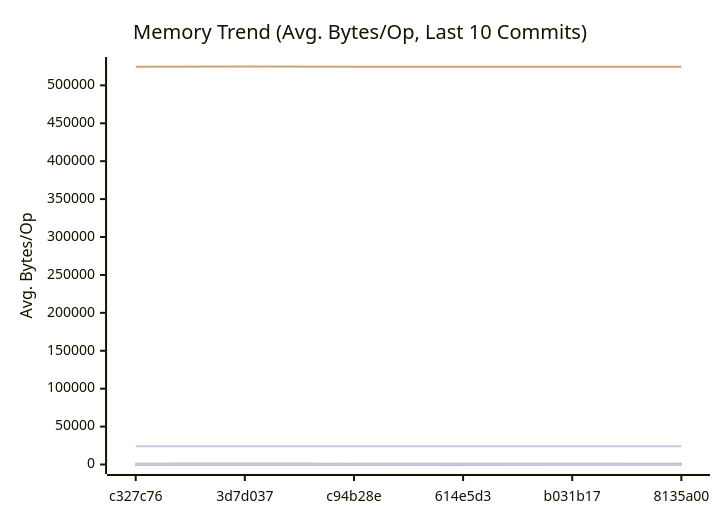
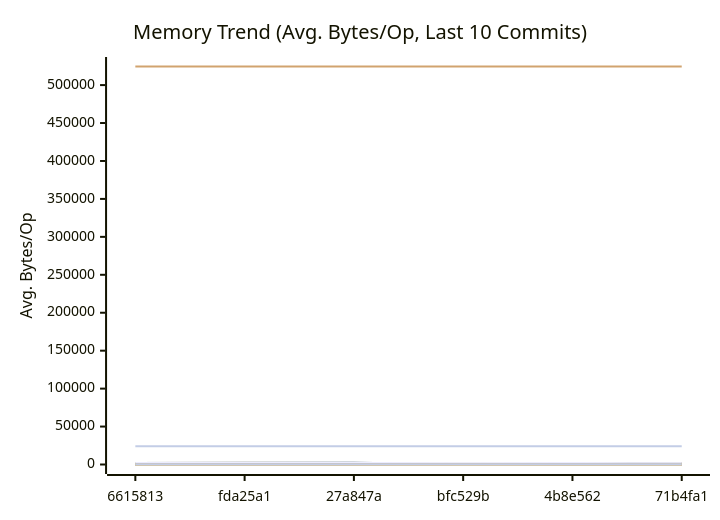
One commit to alsotoes/momo changed the second of 3 diagrams in docs/PERFORMANCE.md. Above: the diagram before and after it, drawn with Mermaid. The commit also changed other lines of this file and 190 other files, not shown here.

````diff
--- a/docs/PERFORMANCE.md
+++ b/docs/PERFORMANCE.md
@@ -310,44 +310,44 @@
 ```mermaid
 xychart-beta
     title "Memory Trend (Avg. Bytes/Op, Last 10 Commits)"
     x-axis "Commit"
     y-axis "Avg. Bytes/Op"
-    x-axis [c327c76,3d7d037,c94b28e,614e5d3,b031b17,8135a00]
-    line "AWSChunkedReaderSigned" [68,46,98,80,70,106,85,62,72,80]
-    line "AWSChunkedReaderUnsigned" [63,59,75,91,78,84,68,66,70,68]
+    x-axis [6615813,fda25a1,27a847a,bfc529b,4b8e562,71b4fa1]
+    line "AWSChunkedReaderSigned" [107,130,133,92,114,90,112,123,120,108]
+    line "AWSChunkedReaderUnsigned" [108,145,120,96,115,92,106,128,114,131]
     line "CheckMetricsAndSwap" [0,0,0,0,0,0,0,0,0,0]
     line "CrushOptimized" [0,0,0,0,0,0,0,0,0,0]
     line "CrushOriginal" [164,164,164,164,164,164,164,164,164,164]
-    line "FormatListObjectsV2XML_AppendFormat" [524552,524871,524558,524474,524487,524493,524491,524618,524521,524495]
+    line "FormatListObjectsV2XML_AppendFormat" [524474,524448,524456,524497,524459,524497,524456,524462,524471,524446]
     line "FormatListObjectsV2XML_OldFormat" [24000,24000,24000,24000,24000,24000,24000,24000,24000,24000]
-    line "HashBytes/1MiB" [157,137,195,139,187,213,178,135,158,173]
-    line "HashBytes/256MiB" [172,116,191,150,250,237,208,140,144,168]
-    line "HashBytes/64MiB" [172,107,132,159,198,175,180,134,130,144]
-    line "HashFile/1MiB" [148,121,187,160,251,167,203,132,131,173]
-    line "HashFile/256MiB" [156,118,177,172,188,165,187,118,148,172]
-    line "HashFile/64MiB" [142,102,169,207,193,175,165,106,147,200]
+    line "HashBytes/1MiB" [232,295,219,262,228,187,211,243,290,192]
+    line "HashBytes/256MiB" [248,336,241,209,197,179,222,256,223,299]
+    line "HashBytes/64MiB" [264,298,224,218,199,187,197,314,223,223]
+    line "HashFile/1MiB" [217,265,268,193,211,183,208,265,220,288]
+    line "HashFile/256MiB" [237,254,213,186,204,182,225,228,267,242]
+    line "HashFile/64MiB" [237,307,208,189,169,196,188,233,279,243]
     line "IndexDirectTracking" [0,0,0,0,0,0,0,0,0,0]
     line "IndexSearch" [0,0,0,0,0,0,0,0,0,0]
     line "LastModifiedHeader_AppendFormat" [0,0,0,0,0,0,0,0,0,0]
-    line "LastModifiedHeader_Format" [32,32,32,32,32,32,32,32,32,32]
+    line "LastModifiedHeader_Format" [0,0,0,0,32,32,32,32,32,32]
     line "LoadGlobalConfig" [1976,1976,1976,1976,1976,1976,1976,1976,1976,1976]
-    line "LocalWrite/1MiB" [751,950,1339,1557,1077,1130,940,952,1105,1110]
-    line "LocalWrite/256MiB" [1356,986,1532,1495,1600,1673,1446,1129,1329,1440]
-    line "LocalWrite/64MiB" [1282,1194,1597,1782,1648,1456,1098,1310,1406,1520]
+    line "LocalWrite/1MiB" [1822,2210,2188,1670,2035,1605,1690,1878,2000,2141]
+    line "LocalWrite/256MiB" [2025,2273,2129,1901,2016,1569,1965,2213,2198,2074]
+    line "LocalWrite/64MiB" [2019,2009,2055,1696,1940,1626,1869,1996,2347,2291]
     line "PadString" [64,64,64,64,64,64,64,64,64,64]
     line "ParseReplicationOrder_NoPrealloc" [408,408,408,408,408,248,248,248,248,248]
     line "ParseReplicationOrder_Prealloc" [240,240,240,240,240,80,80,80,80,80]
     line "Placement" [352,352,352,352,352,352,352,352,352,352]
     line "PlacementDomainSpread" [352,352,352,352,352,352,352,352,352,352]
-    line "ReadVerify/1MiB" [157,86,185,136,220,179,124,139,134,186]
-    line "ReadVerify/256MiB" [147,118,177,204,219,127,151,122,142,158]
-    line "ReadVerify/64MiB" [155,126,175,148,315,131,129,123,132,174]
-    line "S3PutSpool/1MiB" [110,85,134,125,122,170,161,112,121,154]
-    line "S3PutSpool/256MiB" [111,101,149,123,148,219,144,114,124,148]
-    line "S3PutSpool/64MiB" [103,99,156,168,183,168,155,116,118,137]
+    line "ReadVerify/1MiB" [218,270,281,180,264,197,219,269,310,206]
+    line "ReadVerify/256MiB" [249,254,263,189,215,198,201,243,229,259]
+    line "ReadVerify/64MiB" [318,274,236,196,211,199,193,258,279,238]
+    line "S3PutSpool/1MiB" [211,176,177,159,188,171,198,188,188,261]
+    line "S3PutSpool/256MiB" [231,193,232,187,250,173,207,211,206,216]
+    line "S3PutSpool/64MiB" [236,182,189,172,246,185,193,227,211,189]
     line "SanitizeLog/Safe" [0,0,0,0,0,0,0,0,0,0]
     line "SanitizeLog/Unsafe" [704,704,704,704,704,704,704,704,704,704]
-    line "TrustedRead/1MiB" [140,108,186,217,246,135,143,109,127,142]
-    line "TrustedRead/256MiB" [110,83,160,128,226,212,181,127,129,167]
-    line "TrustedRead/64MiB" [113,70,144,220,225,161,144,118,124,169]
+    line "TrustedRead/1MiB" [238,219,242,197,199,189,186,225,283,294]
+    line "TrustedRead/256MiB" [249,188,196,208,241,183,260,229,250,288]
+    line "TrustedRead/64MiB" [222,185,257,219,231,178,227,239,258,271]
 ```
````
